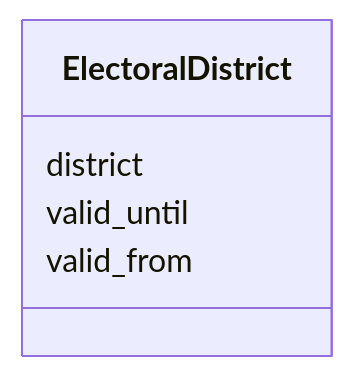
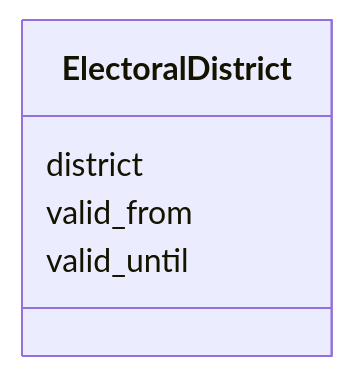
Before and after one commit to swiss/political-affairs-ech-group: the diagram in ech-0294_actors/output/docs/ElectoralDistrict.md, drawn with Mermaid. The commit also changed other lines of this file and 35 other files, not shown here.

````diff
--- a/ech-0294_actors/output/docs/ElectoralDistrict.md
+++ b/ech-0294_actors/output/docs/ElectoralDistrict.md
@@ -13,12 +13,12 @@
 ```mermaid
  classDiagram
     class ElectoralDistrict
     click ElectoralDistrict href "../ElectoralDistrict/"
       ElectoralDistrict : district
         
+      ElectoralDistrict : valid_from
+        
       ElectoralDistrict : valid_until
-        
-      ElectoralDistrict : valid_from
         
       
 ```
````
